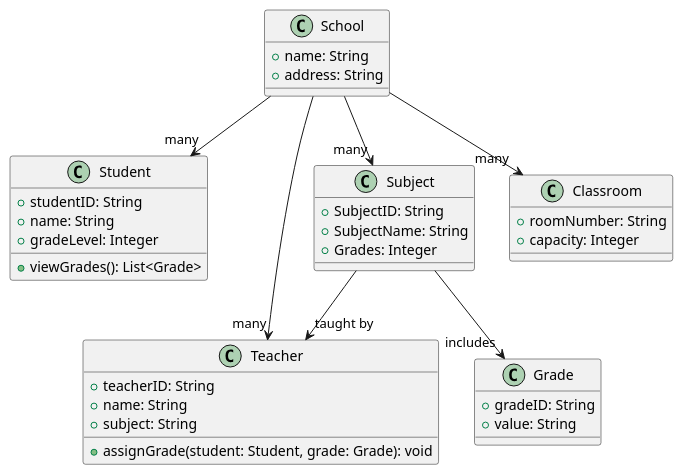
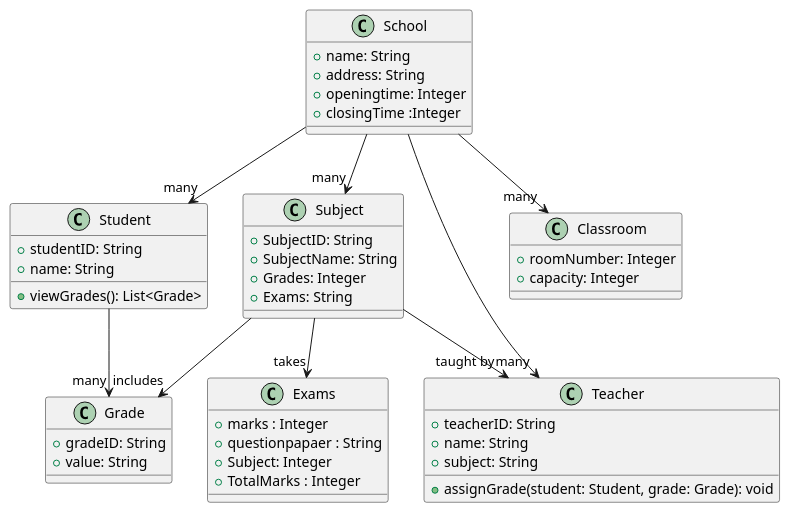
One commit to Sahil1529/School-UML-Diagrams changed the diagram in ClassDiagram.puml. Above: the diagram before and after it, drawn with PlantUML. The commit also changed 4 other files, not shown here.

```diff
--- a/ClassDiagram.puml
+++ b/ClassDiagram.puml
@@ -1,48 +1,63 @@
 @startuml ClassDiagram
 class School {
     +name: String
     +address: String
+    +openingtime: Integer
+    +closingTime :Integer
 }
 
 class Student {
     +studentID: String
     +name: String
-    +gradeLevel: Integer
     +viewGrades(): List<Grade>
 }
 
 class Teacher {
     +teacherID: String
     +name: String
     +subject: String
     +assignGrade(student: Student, grade: Grade): void
 }
 
+class Exams {
+    +marks : Integer
+    +questionpapaer : String
+    +Subject: Integer
+    +TotalMarks : Integer
+
+}
+
 class Subject {
     +SubjectID: String
     +SubjectName: String
     +Grades: Integer
+    +Exams: String
 
 }
 
 class Grade {
     +gradeID: String
     +value: String
     
 }
 
 class Classroom {
-    +roomNumber: String
+    +roomNumber: Integer
     +capacity: Integer
 }
+
 
 School --> "many" Student
 School --> "many" Teacher 
 School --> "many" Subject 
 School --> "many" Classroom 
 
 
 Subject --> "taught by" Teacher 
 Subject --> "includes" Grade 
 
+Subject --> "takes" Exams
+
+Student --> "many" Grade
+
 @enduml
```
